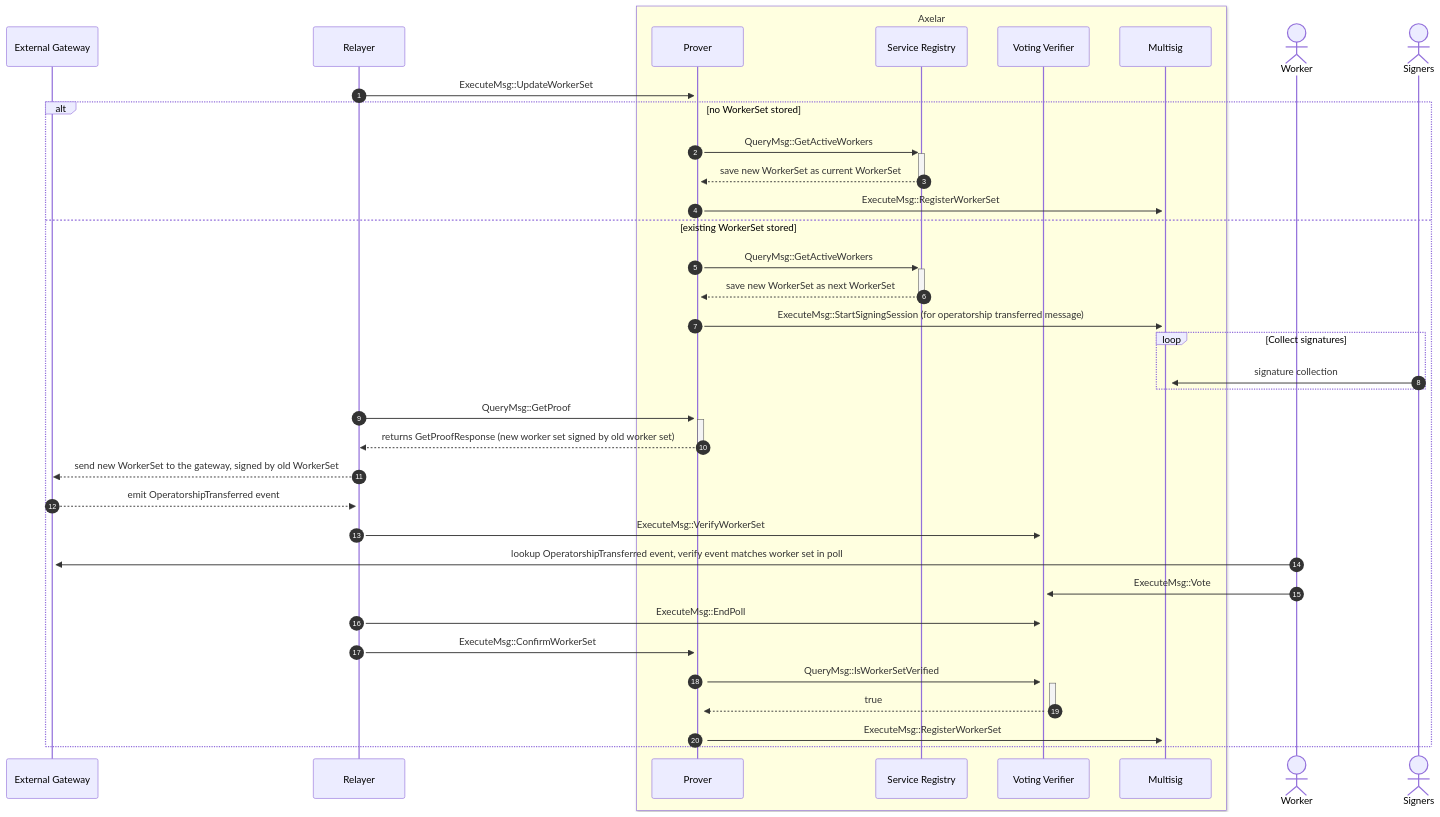
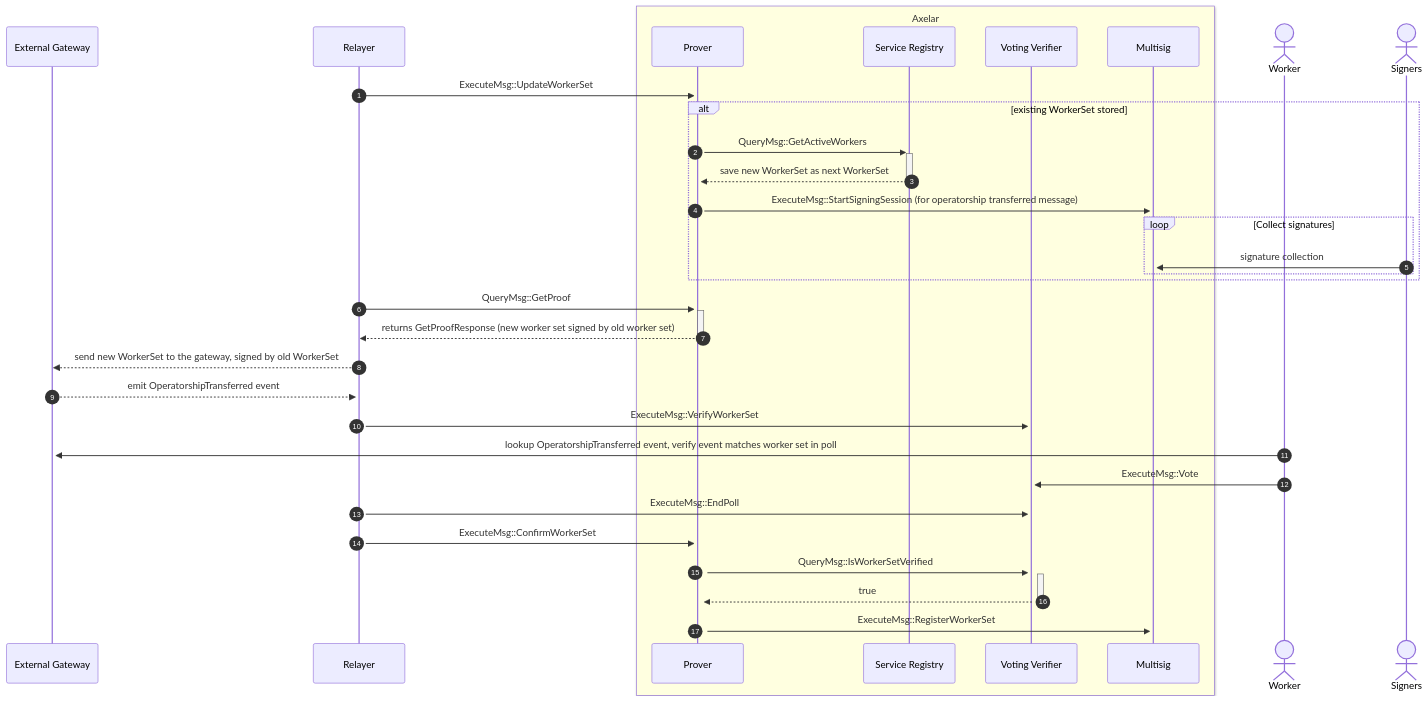
Before and after one commit to kadev2176/axelar-amplifier: the fourth of 4 diagrams in doc/src/contracts/multisig_prover.md, drawn with Mermaid. The commit also changed other lines of this file, not shown here.

First line of the commit message:
docs(multisig-prover): update docs for updating worker set (#213)

````diff
--- a/doc/src/contracts/multisig_prover.md
+++ b/doc/src/contracts/multisig_prover.md
@@ -150,39 +150,35 @@
 ```mermaid
 sequenceDiagram
 autonumber
 participant External Gateway
 participant Relayer
 box LightYellow Axelar
 participant Prover
 participant Service Registry
 participant Voting Verifier
 participant Multisig
 end
 actor Worker
 actor Signers
 Relayer->>+Prover: ExecuteMsg::UpdateWorkerSet
-alt no WorkerSet stored
-  Prover->>+Service Registry: QueryMsg::GetActiveWorkers
-  Service Registry-->>-Prover: save new WorkerSet as current WorkerSet
-  Prover->>+Multisig: ExecuteMsg::RegisterWorkerSet
-else existing WorkerSet stored
+alt existing WorkerSet stored
   Prover->>+Service Registry: QueryMsg::GetActiveWorkers
   Service Registry-->>-Prover: save new WorkerSet as next WorkerSet
   Prover->>+Multisig: ExecuteMsg::StartSigningSession (for operatorship transferred message)
   loop Collect signatures
 	  Signers->>+Multisig: signature collection
   end
-  Relayer->>+Prover: QueryMsg::GetProof
-  Prover-->>-Relayer: returns GetProofResponse (new worker set signed by old worker set)
-  Relayer-->>External Gateway: send new WorkerSet to the gateway, signed by old WorkerSet
-  External Gateway-->>+Relayer: emit OperatorshipTransferred event
-  Relayer->>+Voting Verifier: ExecuteMsg::VerifyWorkerSet
-  Worker->>+External Gateway: lookup OperatorshipTransferred event, verify event matches worker set in poll
-  Worker->>+Voting Verifier: ExecuteMsg::Vote
-  Relayer->>+Voting Verifier: ExecuteMsg::EndPoll
-  Relayer->>+Prover: ExecuteMsg::ConfirmWorkerSet
-  Prover->>+Voting Verifier: QueryMsg::IsWorkerSetVerified
-  Voting Verifier-->>-Prover: true
-  Prover->>+Multisig: ExecuteMsg::RegisterWorkerSet
 end
+Relayer->>+Prover: QueryMsg::GetProof
+Prover-->>-Relayer: returns GetProofResponse (new worker set signed by old worker set)
+Relayer-->>External Gateway: send new WorkerSet to the gateway, signed by old WorkerSet
+External Gateway-->>+Relayer: emit OperatorshipTransferred event
+Relayer->>+Voting Verifier: ExecuteMsg::VerifyWorkerSet
+Worker->>+External Gateway: lookup OperatorshipTransferred event, verify event matches worker set in poll
+Worker->>+Voting Verifier: ExecuteMsg::Vote
+Relayer->>+Voting Verifier: ExecuteMsg::EndPoll
+Relayer->>+Prover: ExecuteMsg::ConfirmWorkerSet
+Prover->>+Voting Verifier: QueryMsg::IsWorkerSetVerified
+Voting Verifier-->>-Prover: true
+Prover->>+Multisig: ExecuteMsg::RegisterWorkerSet
 ```
````
